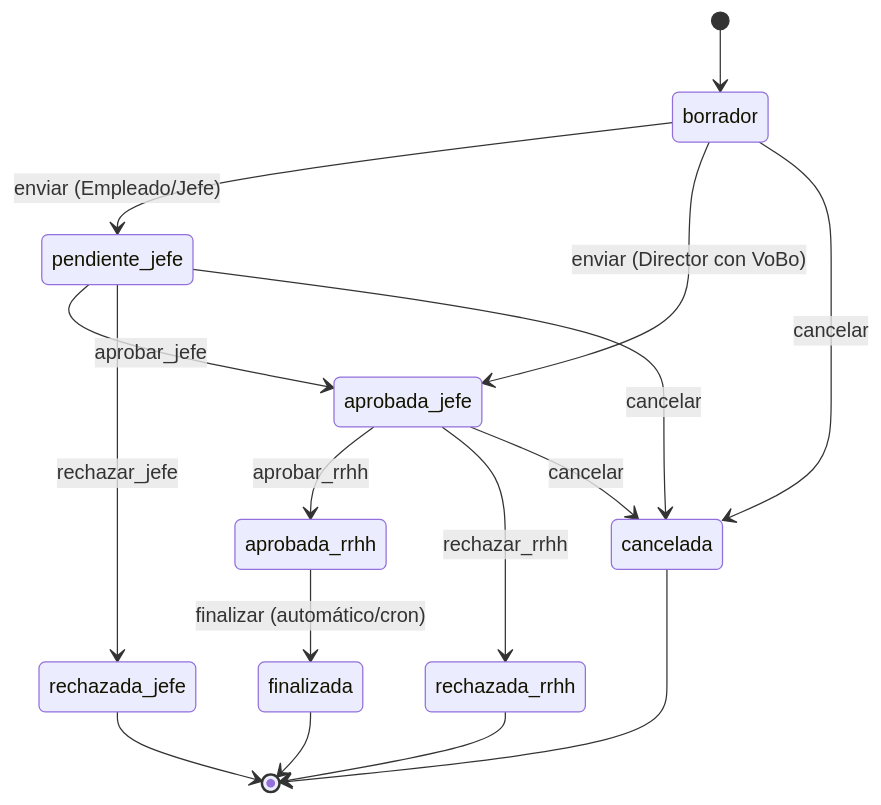
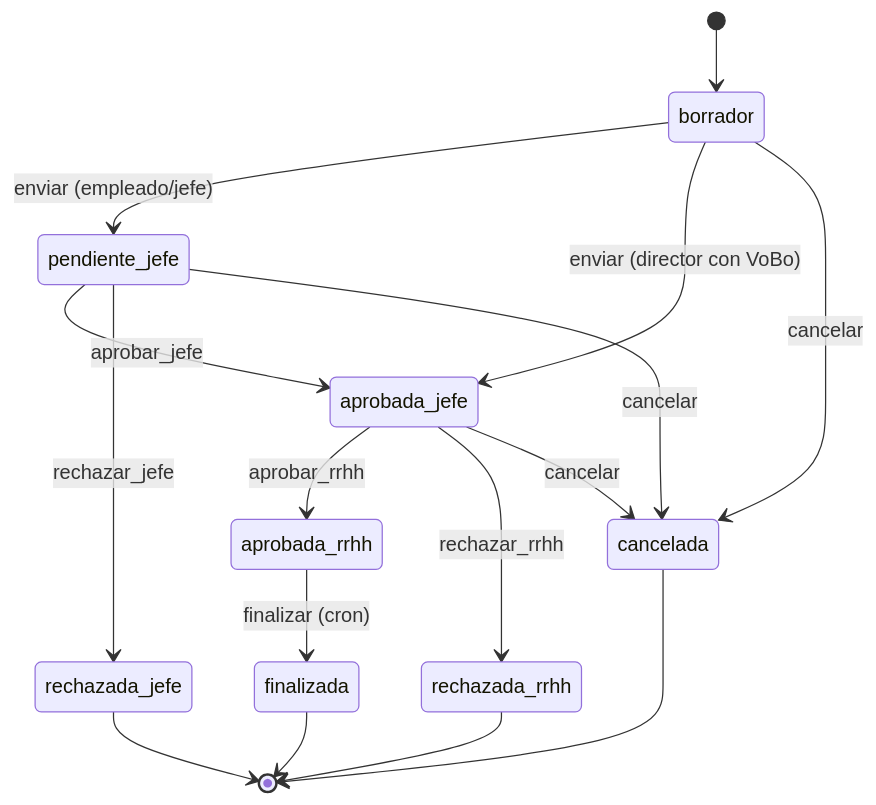
Before and after one commit to luis14mc/gestion-vacaciones: the third of 3 diagrams in MANUAL_TECNICO.md, drawn with Mermaid. The commit also changed other lines of this file and 5 other files, not shown here.

````diff
--- a/MANUAL_TECNICO.md
+++ b/MANUAL_TECNICO.md
@@ -323,22 +239,22 @@
 ```mermaid
 stateDiagram-v2
     [*] --> borrador
-    borrador --> pendiente_jefe : enviar (Empleado/Jefe)
-    borrador --> aprobada_jefe : enviar (Director con VoBo)
+    borrador --> pendiente_jefe : enviar (empleado/jefe)
+    borrador --> aprobada_jefe : enviar (director con VoBo)
     borrador --> cancelada : cancelar
     
     pendiente_jefe --> aprobada_jefe : aprobar_jefe
     pendiente_jefe --> rechazada_jefe : rechazar_jefe
     pendiente_jefe --> cancelada : cancelar
     
     aprobada_jefe --> aprobada_rrhh : aprobar_rrhh
     aprobada_jefe --> rechazada_rrhh : rechazar_rrhh
     aprobada_jefe --> cancelada : cancelar
     
-    aprobada_rrhh --> finalizada : finalizar (automático/cron)
+    aprobada_rrhh --> finalizada : finalizar (cron)
     
     rechazada_jefe --> [*]
     rechazada_rrhh --> [*]
     cancelada --> [*]
     finalizada --> [*]
 ```
````
